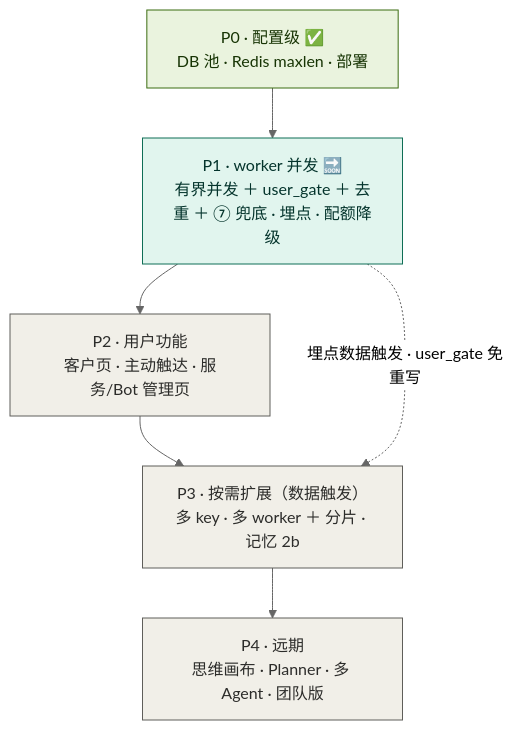
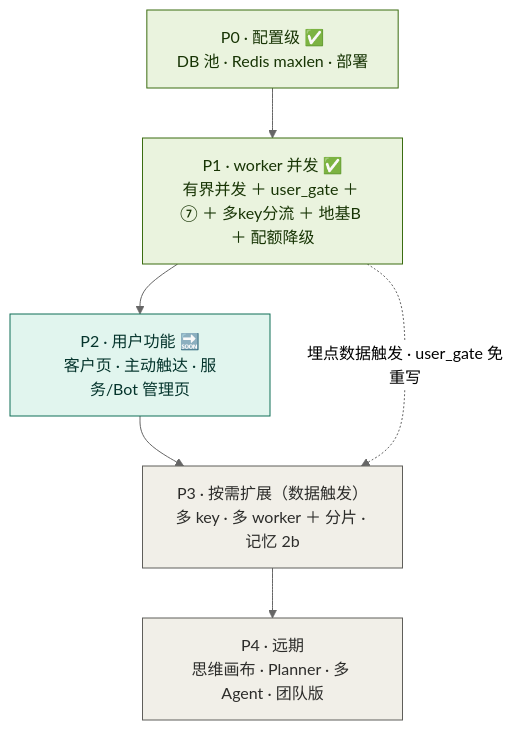
Before and after one commit to Coffeiz/Gugu-web: the diagram in docs/并发优化ROADMAP.md, drawn with Mermaid (neutral theme). The commit also changed other lines of this file and 3 other files, not shown here.

````diff
--- a/docs/并发优化ROADMAP.md
+++ b/docs/并发优化ROADMAP.md
@@ -29,16 +29,16 @@
 ```mermaid
 flowchart TD
     P0["P0 · 配置级 ✅<br/>DB 池 · Redis maxlen · 部署"]
-    P1["P1 · worker 并发 🔜<br/>有界并发 ＋ user_gate ＋ 去重 ＋ ⑦ 兜底 · 埋点 · 配额降级"]
-    P2["P2 · 用户功能<br/>客户页 · 主动触达 · 服务/Bot 管理页"]
+    P1["P1 · worker 并发 ✅<br/>有界并发 ＋ user_gate ＋ ⑦ ＋ 多key分流 ＋ 地基B ＋ 配额降级"]
+    P2["P2 · 用户功能 🔜<br/>客户页 · 主动触达 · 服务/Bot 管理页"]
     P3["P3 · 按需扩展（数据触发）<br/>多 key · 多 worker ＋ 分片 · 记忆 2b"]
     P4["P4 · 远期<br/>思维画布 · Planner · 多 Agent · 团队版"]
 
     P0 --> P1 --> P2 --> P3 --> P4
     P1 -. 埋点数据触发 · user_gate 免重写 .-> P3
 
     classDef done fill:#EAF3DE,stroke:#3B6D11,color:#173404;
     classDef now fill:#E1F5EE,stroke:#0F6E56,color:#04342C;
     classDef later fill:#F1EFE8,stroke:#5F5E5A,color:#2C2C2A;
-    class P0 done; class P1 now; class P2,P3,P4 later;
+    class P0,P1 done; class P2 now; class P3,P4 later;
 ```
````
